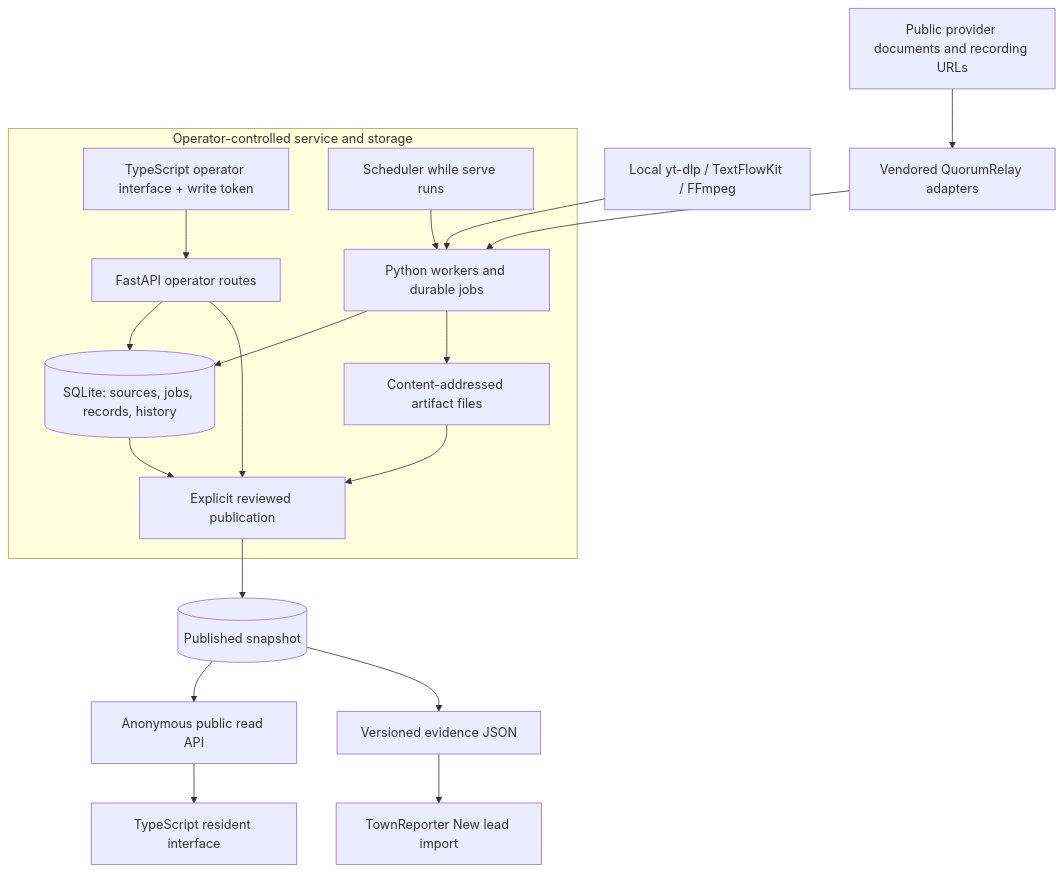
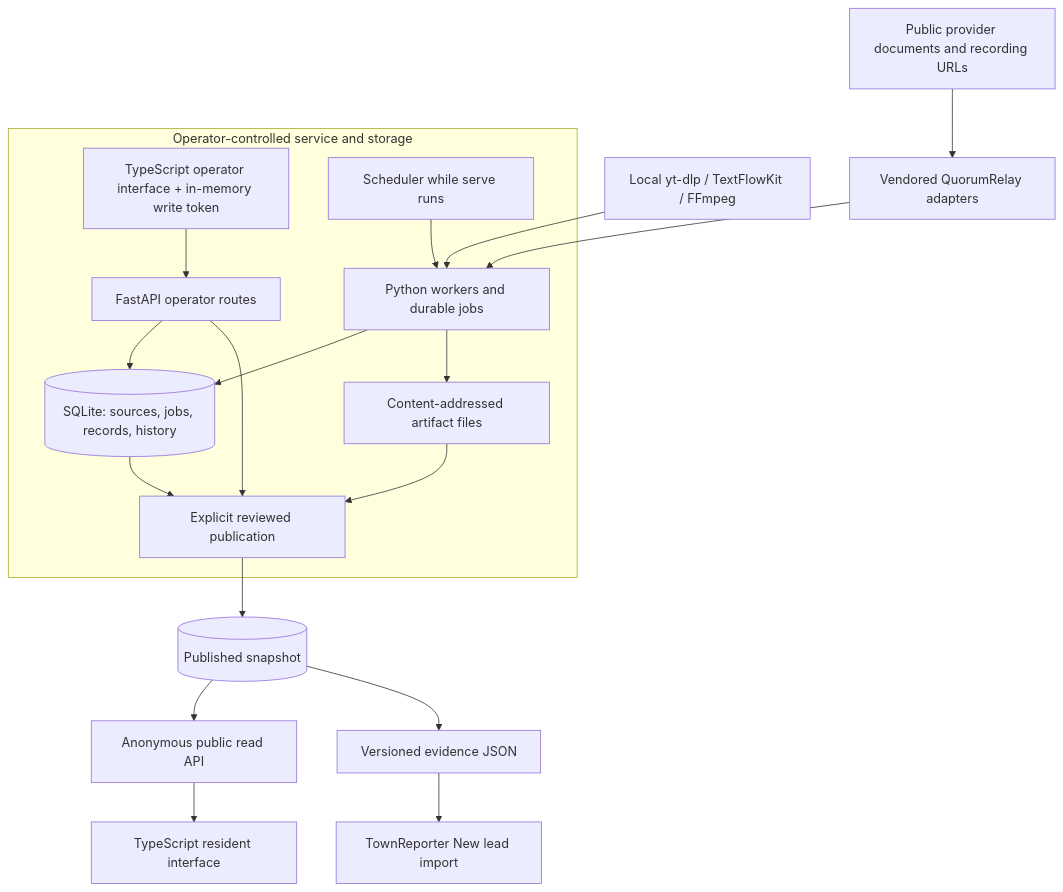
The first of 3 diagrams in docs/TECHNICAL-MANUAL.md (scottconverse/townrecord), drawn with Mermaid before and after one commit. The commit also changed other lines of this file and 15 other files, not shown here.

````diff
--- a/docs/TECHNICAL-MANUAL.md
+++ b/docs/TECHNICAL-MANUAL.md
@@ -11,21 +11,21 @@
 ```mermaid
 flowchart TB
   Source[Public provider documents and recording URLs] --> Q[Vendored QuorumRelay adapters]
   Q --> Jobs[Python workers and durable jobs]
   Tools[Local yt-dlp / TextFlowKit / FFmpeg] --> Jobs
   subgraph Private[Operator-controlled service and storage]
     Jobs --> DB[(SQLite: sources, jobs, records, history)]
     Jobs --> Files[Content-addressed artifact files]
-    Operator[TypeScript operator interface + write token] --> API[FastAPI operator routes]
+    Operator[TypeScript operator interface + in-memory write token] --> API[FastAPI operator routes]
     API --> DB
     API --> Publish[Explicit reviewed publication]
     DB --> Publish
     Files --> Publish
     Clock[Scheduler while serve runs] --> Jobs
   end
   Publish --> Snapshot[(Published snapshot)]
   Snapshot --> Public[Anonymous public read API]
   Public --> Resident[TypeScript resident interface]
   Snapshot --> Export[Versioned evidence JSON]
   Export --> Reporter[TownReporter New lead import]
 ```
````
